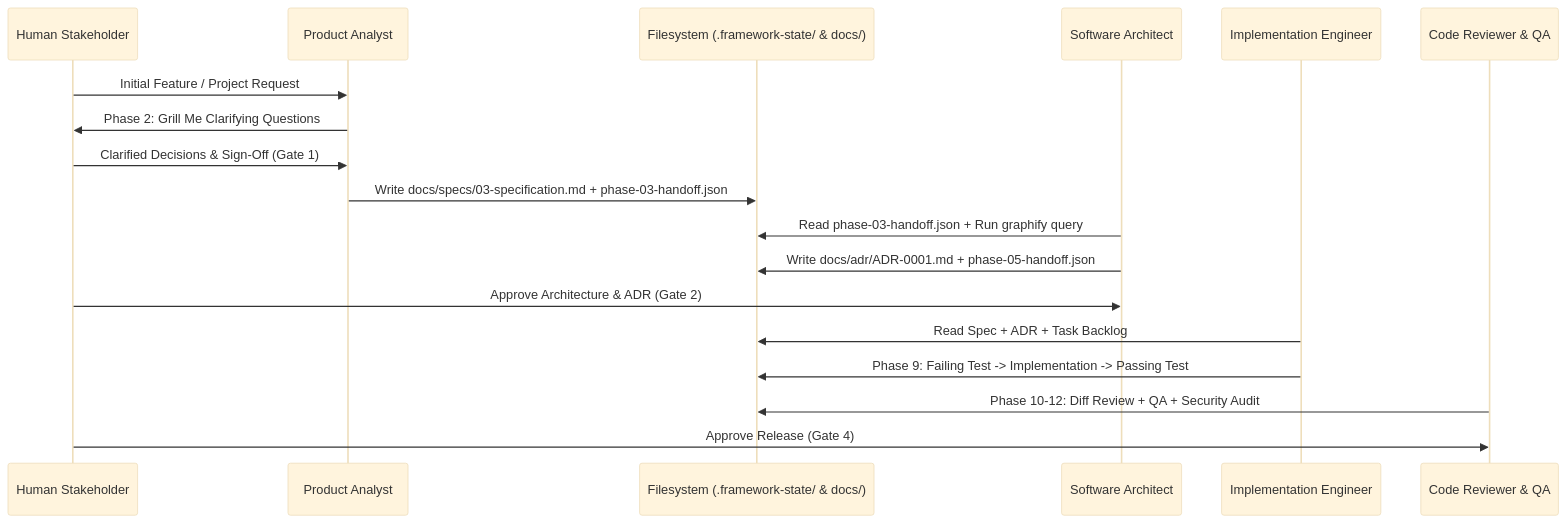
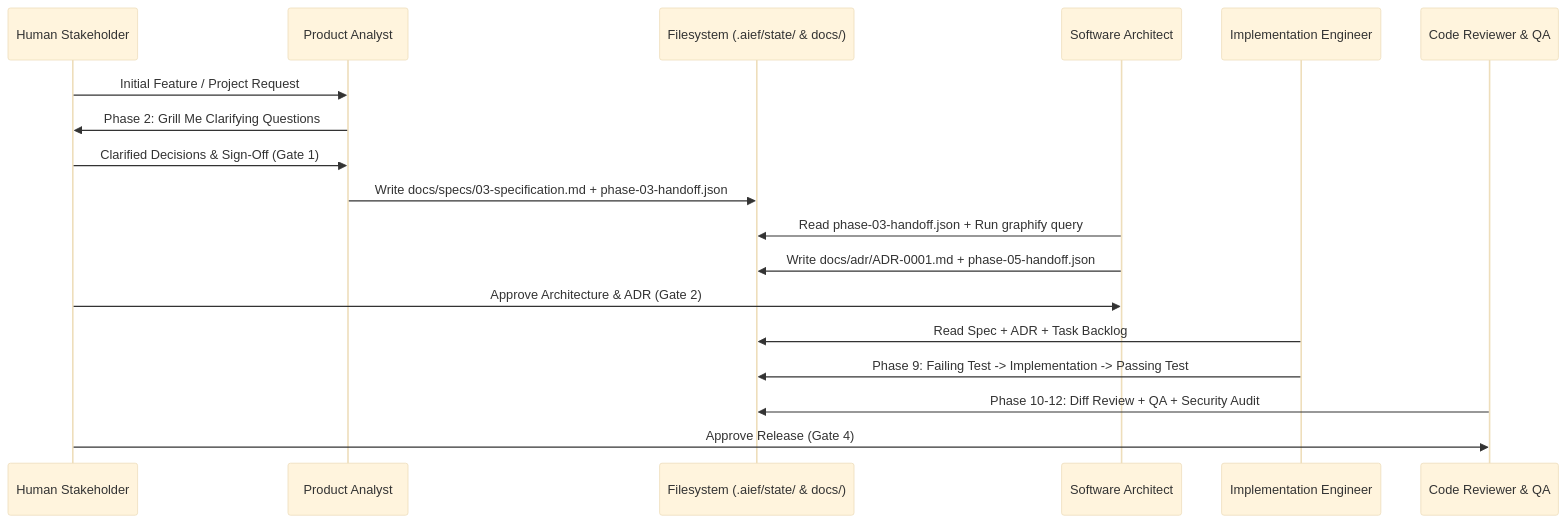
One commit to Raele24/ai-engineering-framework changed the diagram in docs/WORKFLOW.md. Above: the diagram before and after it, drawn with Mermaid (base theme). The commit also changed other lines of this file and 15 other files, not shown here.

````diff
--- a/docs/WORKFLOW.md
+++ b/docs/WORKFLOW.md
@@ -28,21 +28,21 @@
 ```mermaid
 sequenceDiagram
     participant Human as Human Stakeholder
     participant PA as Product Analyst
-    participant FS as Filesystem (.framework-state/ & docs/)
+    participant FS as Filesystem (.aief/state/ & docs/)
     participant SA as Software Architect
     participant IE as Implementation Engineer
     participant CR as Code Reviewer & QA
 
     Human->>PA: Initial Feature / Project Request
     PA->>Human: Phase 2: Grill Me Clarifying Questions
     Human->>PA: Clarified Decisions & Sign-Off (Gate 1)
     PA->>FS: Write docs/specs/03-specification.md + phase-03-handoff.json
     SA->>FS: Read phase-03-handoff.json + Run graphify query
     SA->>FS: Write docs/adr/ADR-0001.md + phase-05-handoff.json
     Human->>SA: Approve Architecture & ADR (Gate 2)
     IE->>FS: Read Spec + ADR + Task Backlog
     IE->>FS: Phase 9: Failing Test -> Implementation -> Passing Test
     CR->>FS: Phase 10-12: Diff Review + QA + Security Audit
     Human->>CR: Approve Release (Gate 4)
 ```
````
